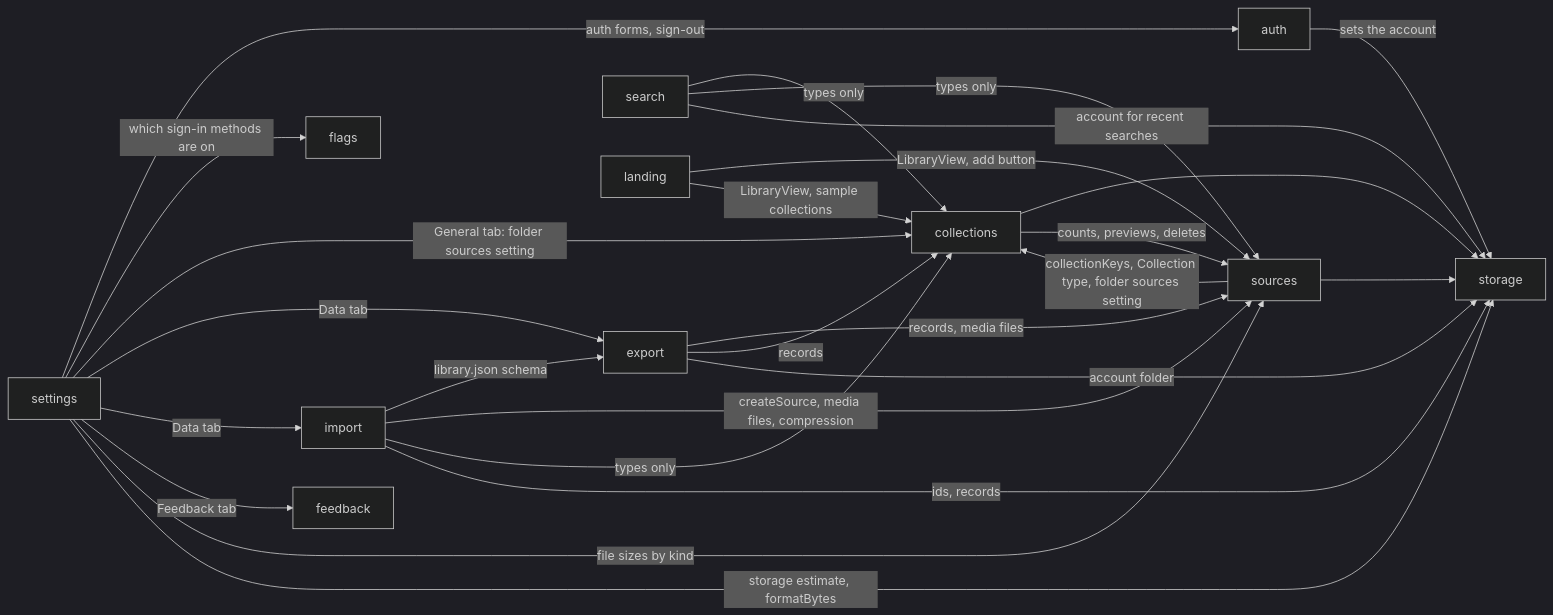
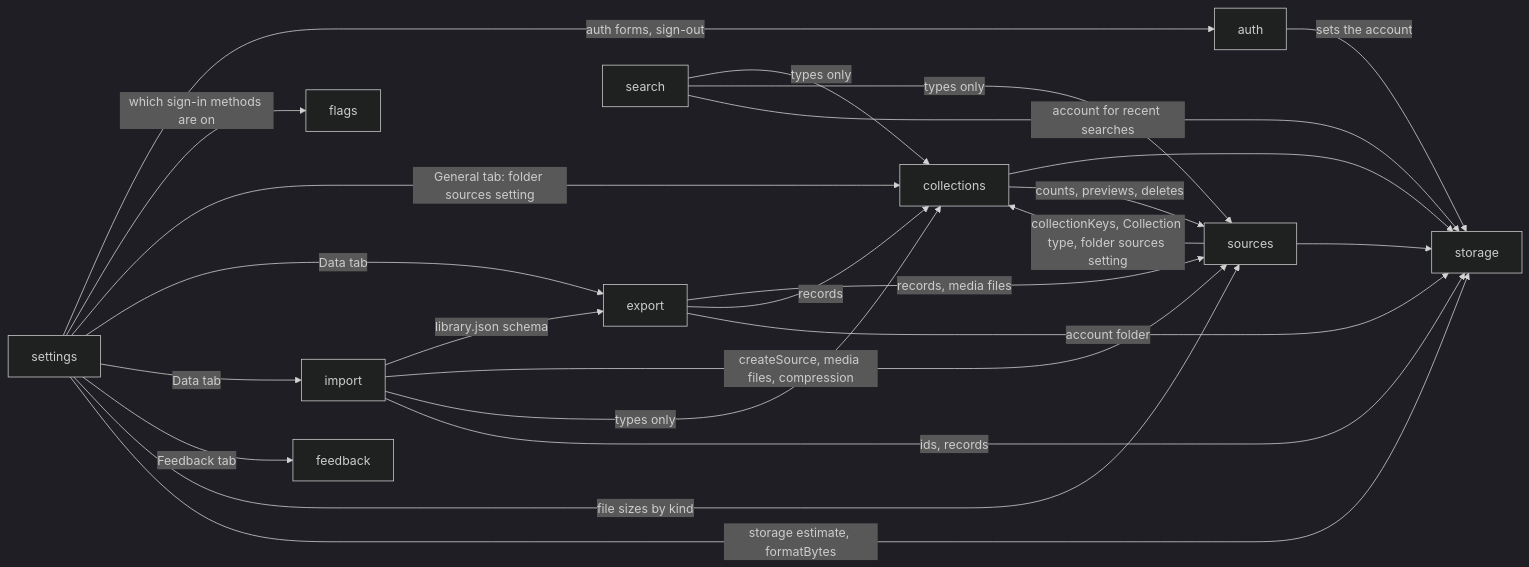
The diagram in apps/web/ARCHITECTURE.md (kun1225/mado), drawn with Mermaid (dark theme) before and after one commit. The commit also changed other lines of this file and 43 other files, not shown here.

````diff
--- a/apps/web/ARCHITECTURE.md
+++ b/apps/web/ARCHITECTURE.md
@@ -25,28 +25,26 @@
 ```mermaid
 graph LR
   auth -->|sets the account| storage
   settings -->|auth forms, sign-out| auth
   settings -->|which sign-in methods are on| flags
   settings -->|General tab: folder sources setting| collections
   settings -->|Data tab| export
   settings -->|Data tab| import
   settings -->|Feedback tab| feedback
   settings -->|file sizes by kind| sources
   settings -->|storage estimate, formatBytes| storage
   export -->|records, media files| sources
   export -->|records| collections
   export -->|account folder| storage
   import -->|library.json schema| export
   import -->|createSource, media files, compression| sources
   import -->|types only| collections
   import -->|ids, records| storage
   sources --> storage
   collections --> storage
   sources -->|collectionKeys, Collection type, folder sources setting| collections
   collections -->|counts, previews, deletes| sources
   search -->|types only| collections
   search -->|types only| sources
   search -->|account for recent searches| storage
-  landing -->|LibraryView, add button| sources
-  landing -->|LibraryView, sample collections| collections
 ```
````
